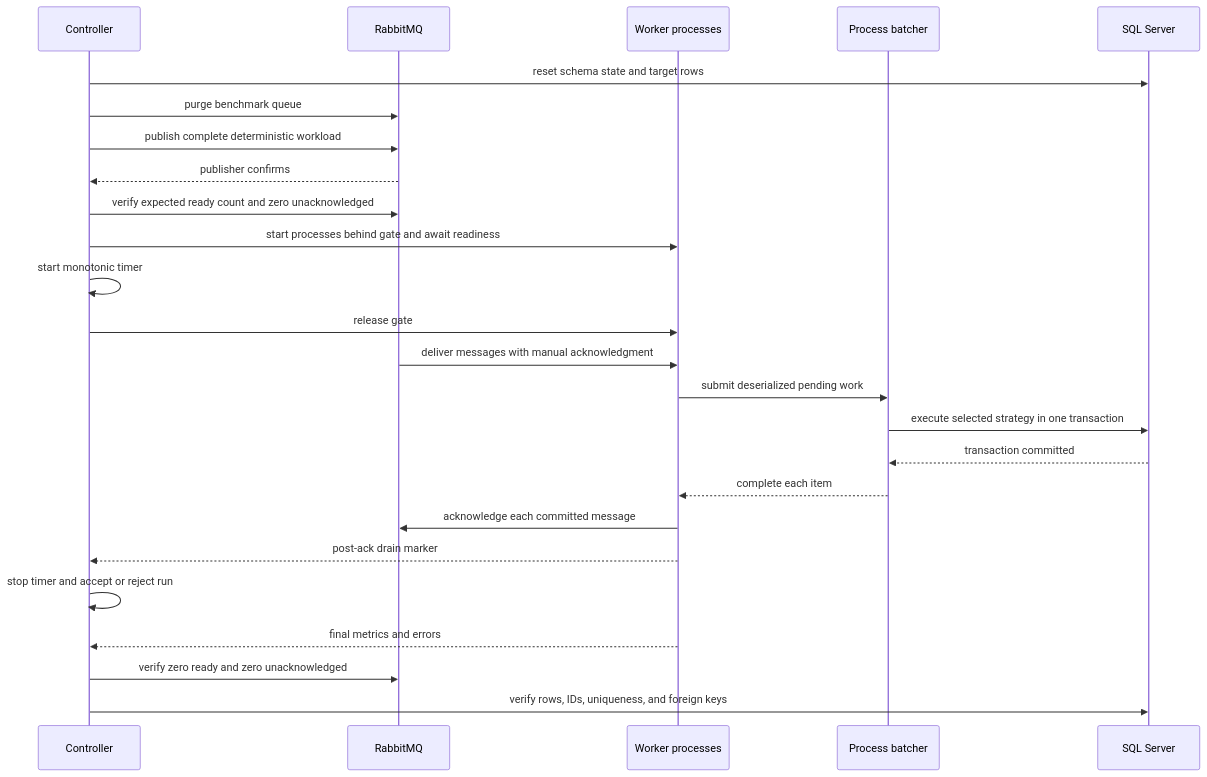
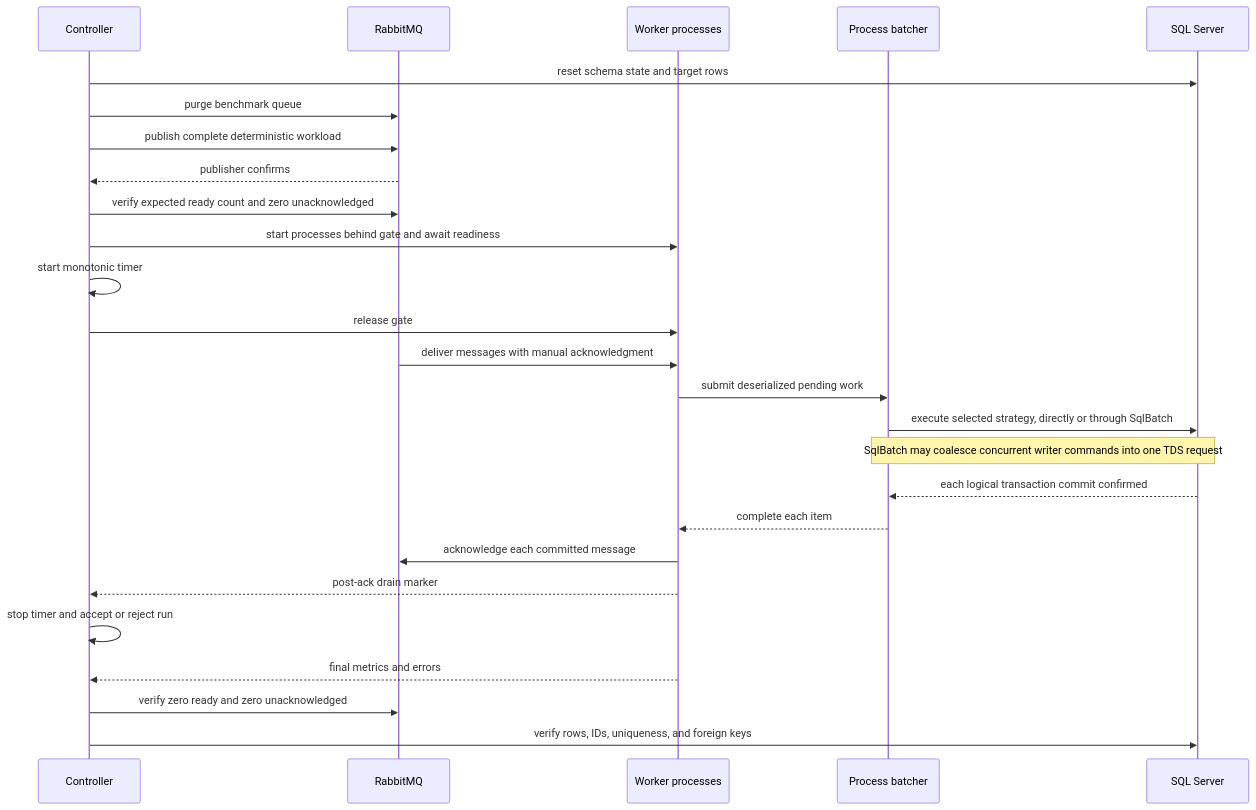
Before and after one commit to danspark/sqlserver-insert-batching-benchmarks: the second of 2 diagrams in README.md, drawn with Mermaid. The commit also changed other lines of this file and 24 other files, not shown here.

First line of the commit message:
Add SqlBatch execution and request coalescing

````diff
--- a/README.md
+++ b/README.md
@@ -29,27 +32,28 @@
 ```mermaid
 sequenceDiagram
     participant C as Controller
     participant Q as RabbitMQ
     participant W as Worker processes
     participant B as Process batcher
     participant S as SQL Server
     C->>S: reset schema state and target rows
     C->>Q: purge benchmark queue
     C->>Q: publish complete deterministic workload
     Q-->>C: publisher confirms
     C->>Q: verify expected ready count and zero unacknowledged
     C->>W: start processes behind gate and await readiness
     C->>C: start monotonic timer
     C->>W: release gate
     Q->>W: deliver messages with manual acknowledgment
     W->>B: submit deserialized pending work
-    B->>S: execute selected strategy in one transaction
-    S-->>B: transaction committed
+    B->>S: execute selected strategy, directly or through SqlBatch
+    Note over B,S: SqlBatch may coalesce concurrent writer commands into one TDS request
+    S-->>B: each logical transaction commit confirmed
     B-->>W: complete each item
     W->>Q: acknowledge each committed message
     W-->>C: post-ack drain marker
     C->>C: stop timer and accept or reject run
     W-->>C: final metrics and errors
     C->>Q: verify zero ready and zero unacknowledged
     C->>S: verify rows, IDs, uniqueness, and foreign keys
 ```
````
